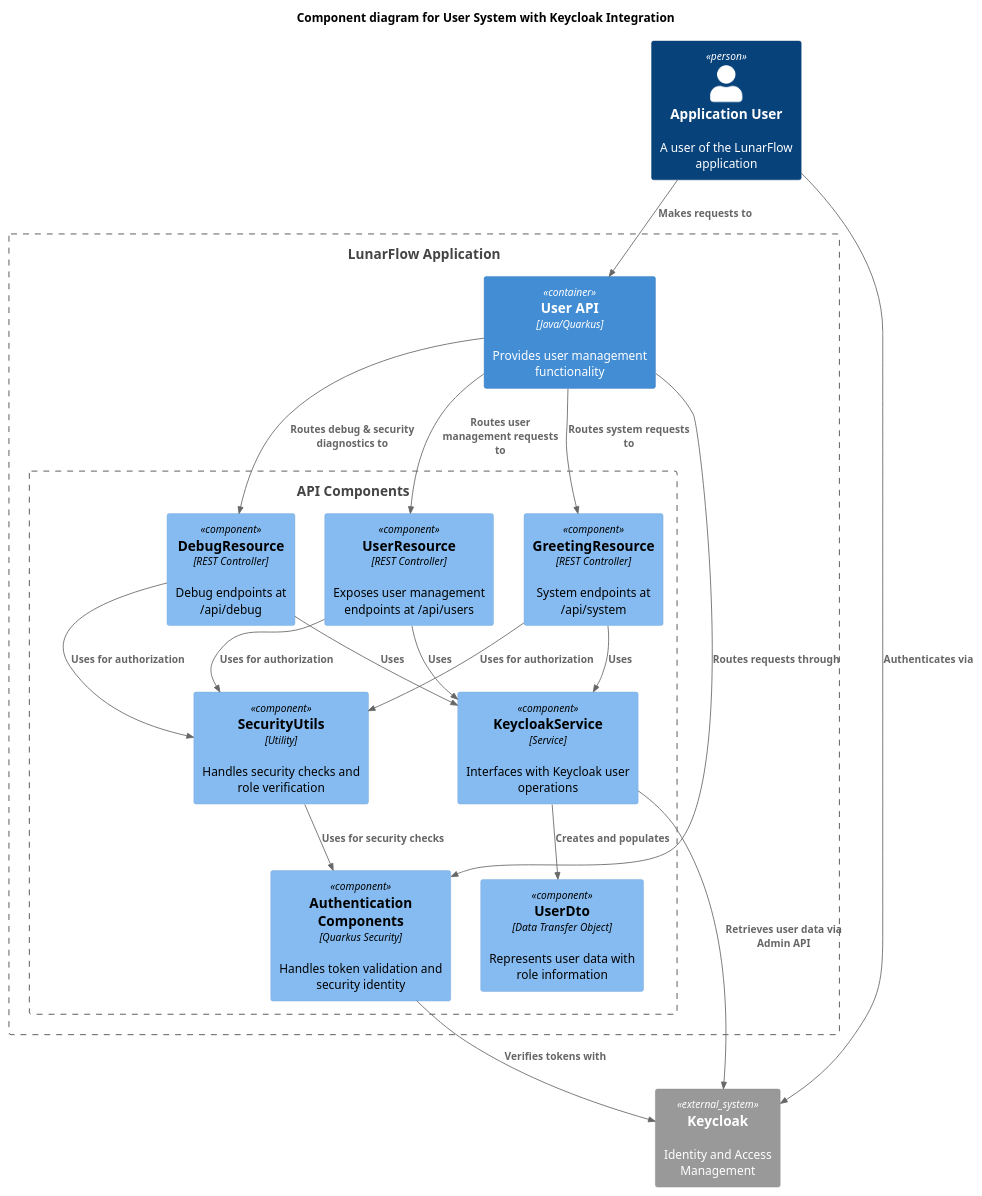
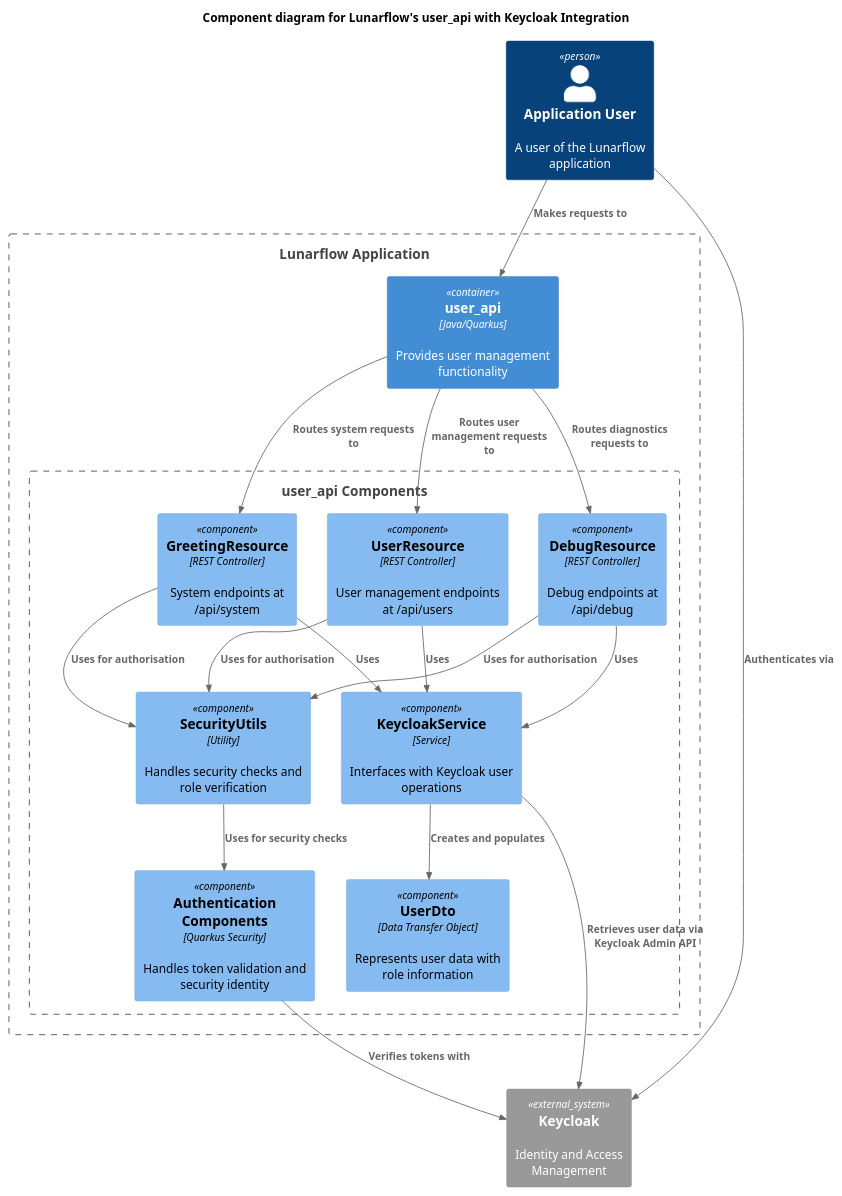
Before and after one commit to fontys-lunarflow/keycloak_integration: the diagram in c3.puml, drawn with PlantUML. The commit also changed 3 other files, not shown here.

Commit message:
Minor diagram updates

```diff
--- a/c3.puml
+++ b/c3.puml
@@ -1,48 +1,47 @@
-@startuml LunarFlow user_api C3 Diagram
+@startuml Lunarflow user_api C3 Diagram
 !include https://raw.githubusercontent.com/plantuml-stdlib/C4-PlantUML/master/C4_Component.puml
 
-title Component diagram for User System with Keycloak Integration
+title Component diagram for Lunarflow's user_api with Keycloak Integration
 
-Person(user, "Application User", "A user of the LunarFlow application")
+Person(user, "Application User", "A user of the Lunarflow application")
 System_Ext(keycloak, "Keycloak", "Identity and Access Management")
 
-Boundary(application, "LunarFlow Application") {
-    Container(api, "User API", "Java/Quarkus", "Provides user management functionality")
+Boundary(application, "Lunarflow Application") {
+    Container(api, "user_api", "Java/Quarkus", "Provides user management functionality")
     
-    Boundary(apiComponents, "API Components") {
-        Component(userResource, "UserResource", "REST Controller", "Exposes user management endpoints at /api/users")
+    Boundary(apiComponents, "user_api Components") {
+        Component(userResource, "UserResource", "REST Controller", "User management endpoints at /api/users")
         Component(greetingResource, "GreetingResource", "REST Controller", "System endpoints at /api/system")
         Component(debugResource, "DebugResource", "REST Controller", "Debug endpoints at /api/debug")
         Component(keycloakService, "KeycloakService", "Service", "Interfaces with Keycloak user operations")
         Component(userDto, "UserDto", "Data Transfer Object", "Represents user data with role information")
         Component(securityUtils, "SecurityUtils", "Utility", "Handles security checks and role verification")
         Component(authComponents, "Authentication Components", "Quarkus Security", "Handles token validation and security identity")
     }
 }
 
 Rel(user, keycloak, "Authenticates via")
 Rel(user, api, "Makes requests to")
 
 ' Authentication flow
-Rel(api, authComponents, "Routes requests through")
 Rel(authComponents, keycloak, "Verifies tokens with")
 
 ' Request flow
 Rel(api, userResource, "Routes user management requests to") 
 Rel(api, greetingResource, "Routes system requests to")
-Rel(api, debugResource, "Routes debug & security diagnostics to")
+Rel(api, debugResource, "Routes diagnostics requests to")
 
 ' Component relationships
 Rel(userResource, keycloakService, "Uses")
-Rel(userResource, securityUtils, "Uses for authorization")
+Rel(userResource, securityUtils, "Uses for authorisation")
 Rel(greetingResource, keycloakService, "Uses")
-Rel(greetingResource, securityUtils, "Uses for authorization")
+Rel(greetingResource, securityUtils, "Uses for authorisation")
 Rel(debugResource, keycloakService, "Uses")
-Rel(debugResource, securityUtils, "Uses for authorization")
+Rel(debugResource, securityUtils, "Uses for authorisation")
 Rel(keycloakService, userDto, "Creates and populates")
-Rel(keycloakService, keycloak, "Retrieves user data via Admin API")
+Rel(keycloakService, keycloak, "Retrieves user data via Keycloak Admin API")
 
 ' Security components
 Rel(securityUtils, authComponents, "Uses for security checks")
 
 @enduml
```
